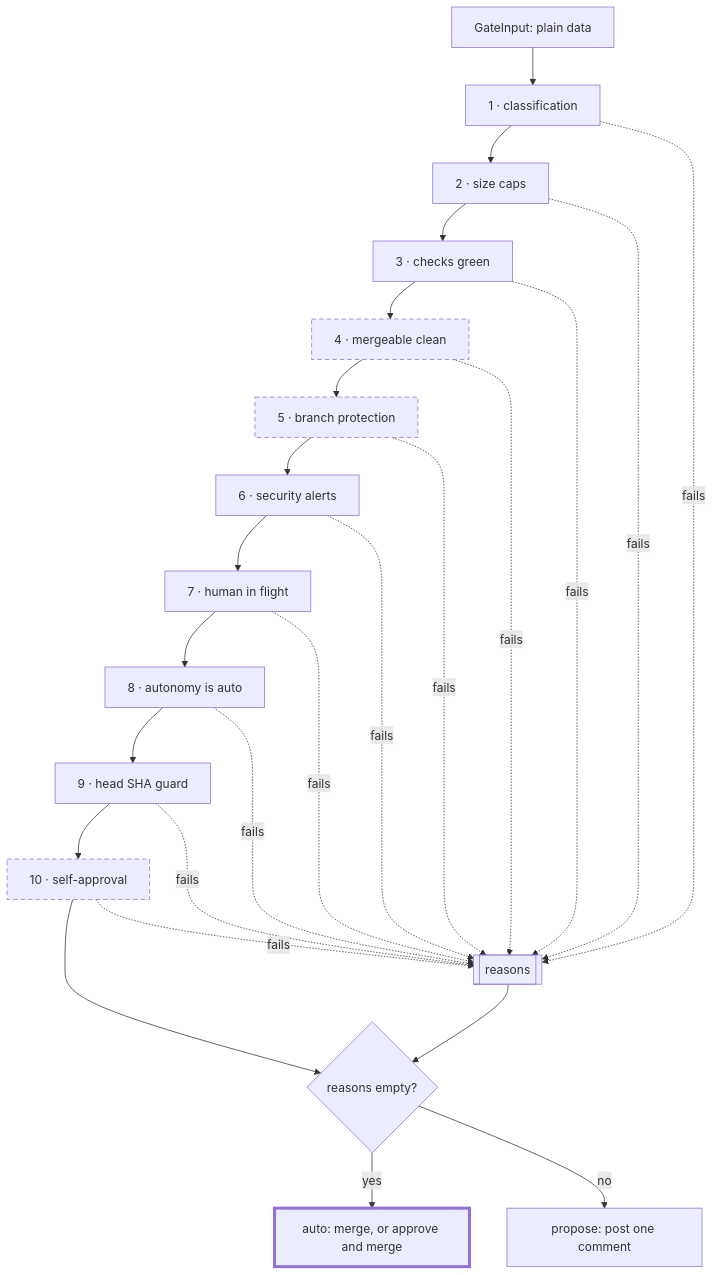
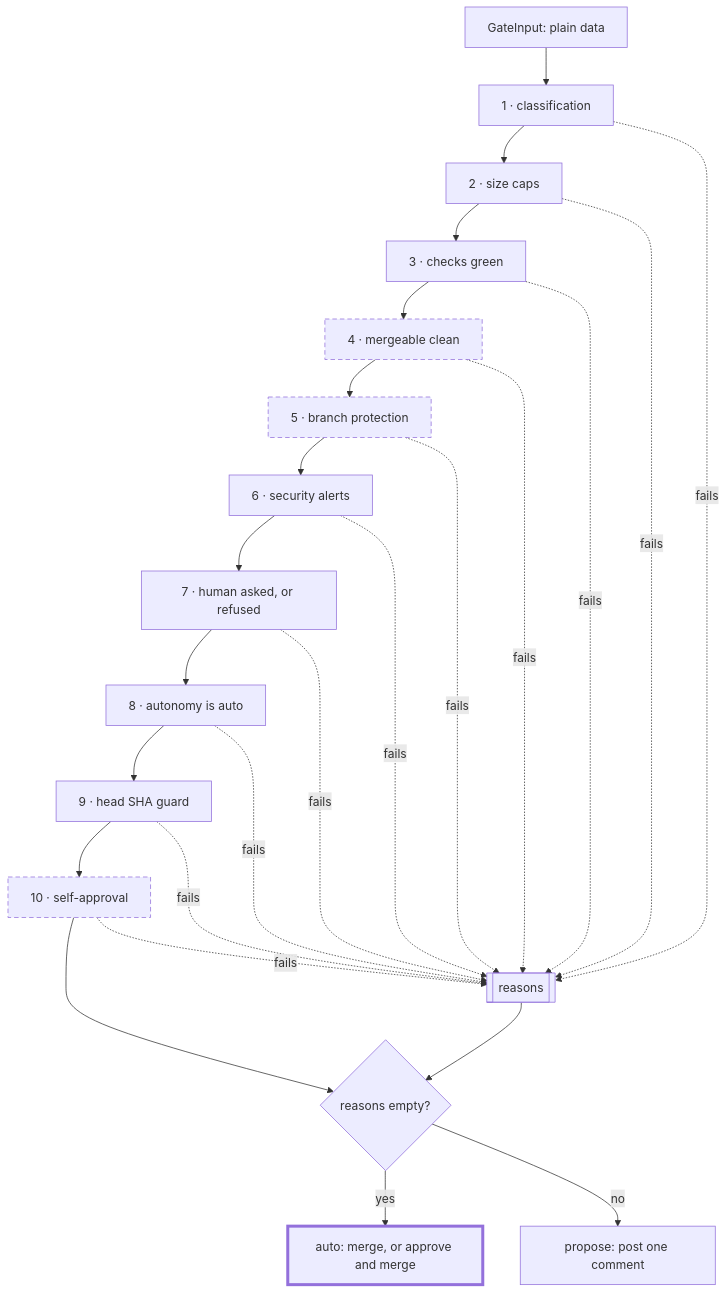
Before and after one commit to input-output-hk/agent-peer-review: the ninth of 11 diagrams in docs/how-it-works.md, drawn with Mermaid. The commit also changed other lines of this file and 21 other files, not shown here.

````diff
--- a/docs/how-it-works.md
+++ b/docs/how-it-works.md
@@ -410,35 +427,35 @@
 ```mermaid
 flowchart TB
   IN["GateInput: plain data"]
   BAG[["reasons"]]
   IN --> R1
   R1["1 · classification"] --> R2
   R2["2 · size caps"] --> R3
   R3["3 · checks green"] --> R4
   R4["4 · mergeable clean"] --> R5
   R5["5 · branch protection"] --> R6
   R6["6 · security alerts"] --> R7
-  R7["7 · human in flight"] --> R8
+  R7["7 · human asked, or refused"] --> R8
   R8["8 · autonomy is auto"] --> R9
   R9["9 · head SHA guard"] --> R10
   R10["10 · self-approval"] --> V
   R1 -.->|fails| BAG
   R2 -.->|fails| BAG
   R3 -.->|fails| BAG
   R4 -.->|fails| BAG
   R5 -.->|fails| BAG
   R6 -.->|fails| BAG
   R7 -.->|fails| BAG
   R8 -.->|fails| BAG
   R9 -.->|fails| BAG
   R10 -.->|fails| BAG
   BAG --> V
   V{"reasons empty?"}
   V -->|"yes"| AUTO["auto: merge, or approve and merge"]
   V -->|"no"| PROP["propose: post one comment"]
 
   class AUTO terminal
   class R4,R5,R10 approving
   classDef terminal stroke-width:4px
   classDef approving stroke-dasharray: 6 4
 ```
````
